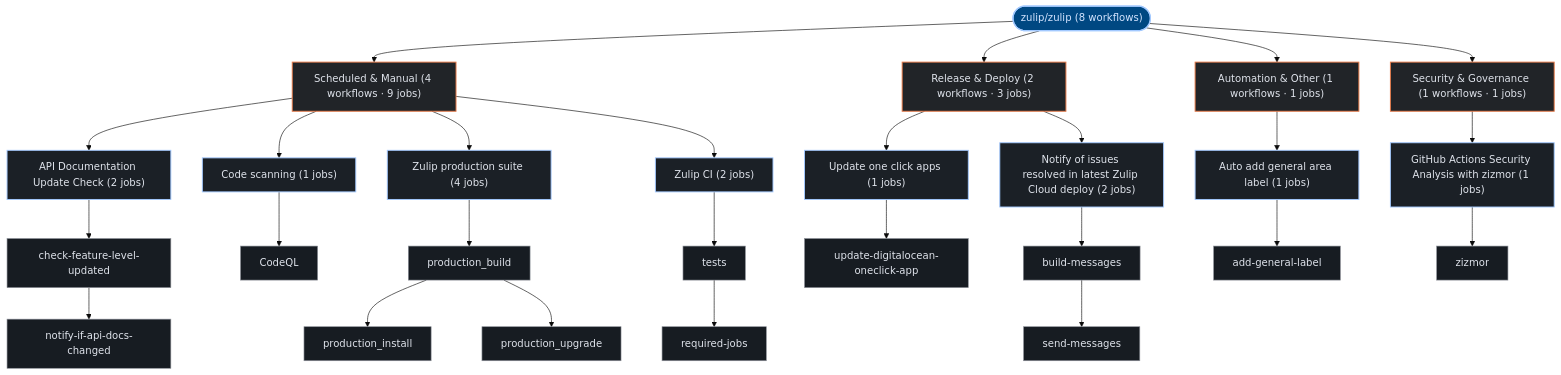
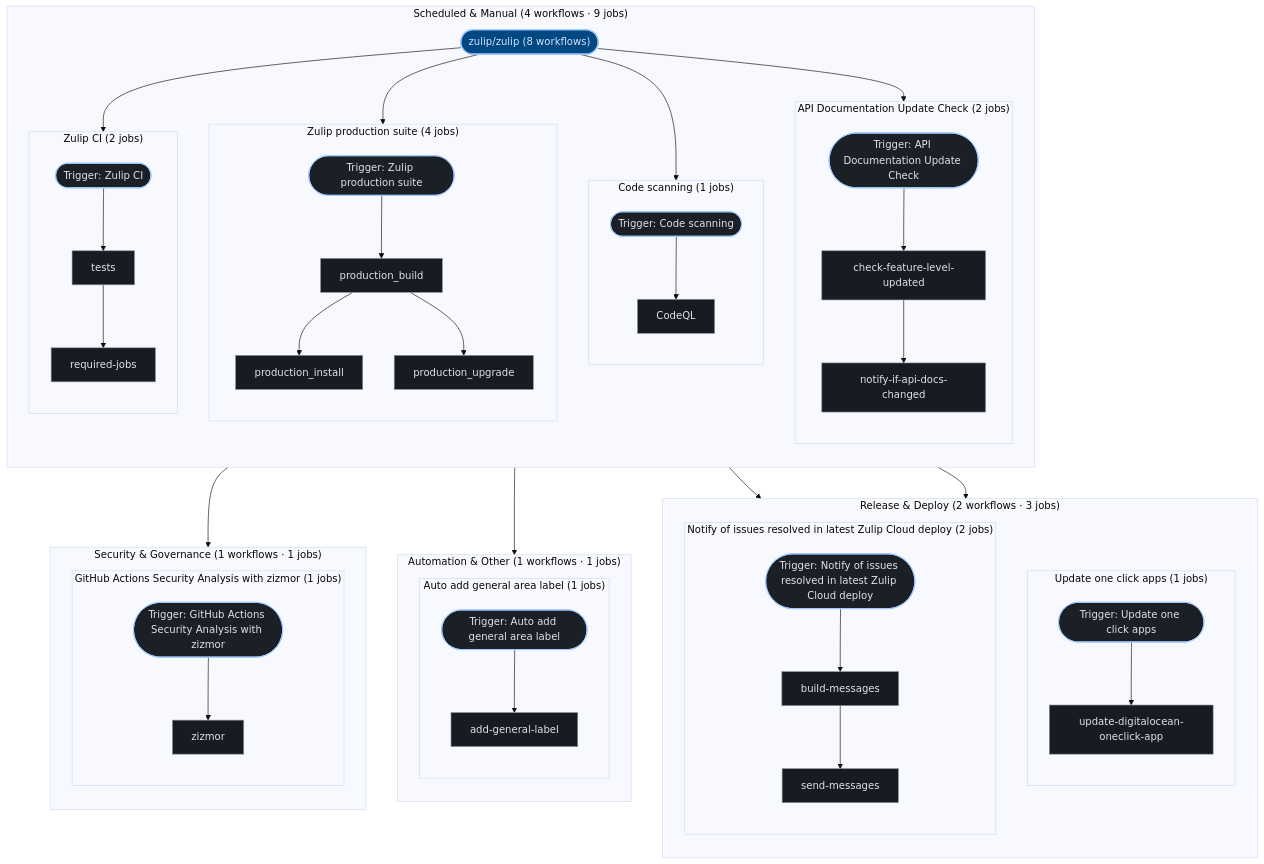
Before and after one commit to kumarshaz/atruss-code-atlas: the third of 3 diagrams in exports/latest/reports/zulip-zulip-report.md, drawn with Mermaid (base theme). The commit also changed 181 other files, not shown here.

````diff
--- a/exports/latest/reports/zulip-zulip-report.md
+++ b/exports/latest/reports/zulip-zulip-report.md
@@ -285,54 +285,82 @@
   classDef atlasAlert fill:#93000a,stroke:#ffb4ab,stroke-width:1.5px,color:#ffdad6
   classDef atlasMore fill:#252a31,stroke:#8d9199,stroke-dasharray:4 4,color:#c3c6cf
   pipeline_root(["zulip/zulip (8 workflows)"]):::atlasRoot
-  grp_0_Scheduled___Manual["Scheduled & Manual (4 workflows · 9 jobs)"]:::atlasCategory
-  pipeline_root --> grp_0_Scheduled___Manual
-  wf_0_API_Documentation_Update_Check["API Documentation Update Check (2 jobs)"]:::atlasWorkflow
-  grp_0_Scheduled___Manual --> wf_0_API_Documentation_Update_Check
-  job_0_check_feature_level_updated["check-feature-level-updated"]:::atlasJob
-  job_0_notify_if_api_docs_changed["notify-if-api-docs-changed"]:::atlasJob
-  wf_0_API_Documentation_Update_Check --> job_0_check_feature_level_updated
-  job_0_check_feature_level_updated --> job_0_notify_if_api_docs_changed
-  wf_2_Code_scanning["Code scanning (1 jobs)"]:::atlasWorkflow
-  grp_0_Scheduled___Manual --> wf_2_Code_scanning
-  job_2_CodeQL["CodeQL"]:::atlasJob
-  wf_2_Code_scanning --> job_2_CodeQL
-  wf_3_Zulip_production_suite["Zulip production suite (4 jobs)"]:::atlasWorkflow
-  grp_0_Scheduled___Manual --> wf_3_Zulip_production_suite
-  job_3_production_build["production_build"]:::atlasJob
-  job_3_production_install["production_install"]:::atlasJob
-  job_3_production_upgrade["production_upgrade"]:::atlasJob
-  wf_3_Zulip_production_suite --> job_3_production_build
-  job_3_production_build --> job_3_production_install
-  job_3_production_build --> job_3_production_upgrade
-  wf_6_Zulip_CI["Zulip CI (2 jobs)"]:::atlasWorkflow
-  grp_0_Scheduled___Manual --> wf_6_Zulip_CI
-  job_6_tests["tests"]:::atlasJob
-  job_6_required_jobs["required-jobs"]:::atlasJob
-  wf_6_Zulip_CI --> job_6_tests
-  job_6_tests --> job_6_required_jobs
-  grp_1_Release___Deploy["Release & Deploy (2 workflows · 3 jobs)"]:::atlasCategory
-  pipeline_root --> grp_1_Release___Deploy
-  wf_4_Update_one_click_apps["Update one click apps (1 jobs)"]:::atlasWorkflow
-  grp_1_Release___Deploy --> wf_4_Update_one_click_apps
-  job_4_update_digitalocean_oneclick_app["update-digitalocean-oneclick-app"]:::atlasJob
-  wf_4_Update_one_click_apps --> job_4_update_digitalocean_oneclick_app
-  wf_7_Notify_of_issues_resolved_in_latest_Zulip_Cloud_deploy["Notify of issues resolved in latest Zulip Cloud deploy (2 jobs)"]:::atlasWorkflow
-  grp_1_Release___Deploy --> wf_7_Notify_of_issues_resolved_in_latest_Zulip_Cloud_deploy
-  job_7_build_messages["build-messages"]:::atlasJob
-  job_7_send_messages["send-messages"]:::atlasJob
-  wf_7_Notify_of_issues_resolved_in_latest_Zulip_Cloud_deploy --> job_7_build_messages
-  job_7_build_messages --> job_7_send_messages
-  grp_2_Automation___Other["Automation & Other (1 workflows · 1 jobs)"]:::atlasCategory
-  pipeline_root --> grp_2_Automation___Other
-  wf_1_Auto_add_general_area_label["Auto add general area label (1 jobs)"]:::atlasWorkflow
-  grp_2_Automation___Other --> wf_1_Auto_add_general_area_label
-  job_1_add_general_label["add-general-label"]:::atlasJob
-  wf_1_Auto_add_general_area_label --> job_1_add_general_label
-  grp_3_Security___Governance["Security & Governance (1 workflows · 1 jobs)"]:::atlasCategory
-  pipeline_root --> grp_3_Security___Governance
-  wf_5_GitHub_Actions_Security_Analysis_with_zizmor["GitHub Actions Security Analysis with zizmor (1 jobs)"]:::atlasWorkflow
-  grp_3_Security___Governance --> wf_5_GitHub_Actions_Security_Analysis_with_zizmor
-  job_5_zizmor["zizmor"]:::atlasJob
-  wf_5_GitHub_Actions_Security_Analysis_with_zizmor --> job_5_zizmor
+  subgraph sg_grp_0_Scheduled___Manual["Scheduled & Manual (4 workflows · 9 jobs)"]
+    direction TB
+    subgraph sg_wf_0_API_Documentation_Update_Check["API Documentation Update Check (2 jobs)"]
+      direction TB
+      wf_0_API_Documentation_Update_Check(["Trigger: API Documentation Update Check"]):::atlasWorkflow
+      job_0_check_feature_level_updated["check-feature-level-updated"]:::atlasJob
+      job_0_notify_if_api_docs_changed["notify-if-api-docs-changed"]:::atlasJob
+      wf_0_API_Documentation_Update_Check --> job_0_check_feature_level_updated
+      job_0_check_feature_level_updated --> job_0_notify_if_api_docs_changed
+    end
+    pipeline_root --> wf_0_API_Documentation_Update_Check
+    subgraph sg_wf_2_Code_scanning["Code scanning (1 jobs)"]
+      direction TB
+      wf_2_Code_scanning(["Trigger: Code scanning"]):::atlasWorkflow
+      job_2_CodeQL["CodeQL"]:::atlasJob
+      wf_2_Code_scanning --> job_2_CodeQL
+    end
+    pipeline_root --> wf_2_Code_scanning
+    subgraph sg_wf_3_Zulip_production_suite["Zulip production suite (4 jobs)"]
+      direction TB
+      wf_3_Zulip_production_suite(["Trigger: Zulip production suite"]):::atlasWorkflow
+      job_3_production_build["production_build"]:::atlasJob
+      job_3_production_install["production_install"]:::atlasJob
+      job_3_production_upgrade["production_upgrade"]:::atlasJob
+      wf_3_Zulip_production_suite --> job_3_production_build
+      job_3_production_build --> job_3_production_install
+      job_3_production_build --> job_3_production_upgrade
+    end
+    pipeline_root --> wf_3_Zulip_production_suite
+    subgraph sg_wf_6_Zulip_CI["Zulip CI (2 jobs)"]
+      direction TB
+      wf_6_Zulip_CI(["Trigger: Zulip CI"]):::atlasWorkflow
+      job_6_tests["tests"]:::atlasJob
+      job_6_required_jobs["required-jobs"]:::atlasJob
+      wf_6_Zulip_CI --> job_6_tests
+      job_6_tests --> job_6_required_jobs
+    end
+    pipeline_root --> wf_6_Zulip_CI
+  end
+  subgraph sg_grp_1_Release___Deploy["Release & Deploy (2 workflows · 3 jobs)"]
+    direction TB
+    subgraph sg_wf_4_Update_one_click_apps["Update one click apps (1 jobs)"]
+      direction TB
+      wf_4_Update_one_click_apps(["Trigger: Update one click apps"]):::atlasWorkflow
+      job_4_update_digitalocean_oneclick_app["update-digitalocean-oneclick-app"]:::atlasJob
+      wf_4_Update_one_click_apps --> job_4_update_digitalocean_oneclick_app
+    end
+    pipeline_root --> wf_4_Update_one_click_apps
+    subgraph sg_wf_7_Notify_of_issues_resolved_in_latest_Zulip_Cloud_deploy["Notify of issues resolved in latest Zulip Cloud deploy (2 jobs)"]
+      direction TB
+      wf_7_Notify_of_issues_resolved_in_latest_Zulip_Cloud_deploy(["Trigger: Notify of issues resolved in latest Zulip Cloud deploy"]):::atlasWorkflow
+      job_7_build_messages["build-messages"]:::atlasJob
+      job_7_send_messages["send-messages"]:::atlasJob
+      wf_7_Notify_of_issues_resolved_in_latest_Zulip_Cloud_deploy --> job_7_build_messages
+      job_7_build_messages --> job_7_send_messages
+    end
+    pipeline_root --> wf_7_Notify_of_issues_resolved_in_latest_Zulip_Cloud_deploy
+  end
+  subgraph sg_grp_2_Automation___Other["Automation & Other (1 workflows · 1 jobs)"]
+    direction TB
+    subgraph sg_wf_1_Auto_add_general_area_label["Auto add general area label (1 jobs)"]
+      direction TB
+      wf_1_Auto_add_general_area_label(["Trigger: Auto add general area label"]):::atlasWorkflow
+      job_1_add_general_label["add-general-label"]:::atlasJob
+      wf_1_Auto_add_general_area_label --> job_1_add_general_label
+    end
+    pipeline_root --> wf_1_Auto_add_general_area_label
+  end
+  subgraph sg_grp_3_Security___Governance["Security & Governance (1 workflows · 1 jobs)"]
+    direction TB
+    subgraph sg_wf_5_GitHub_Actions_Security_Analysis_with_zizmor["GitHub Actions Security Analysis with zizmor (1 jobs)"]
+      direction TB
+      wf_5_GitHub_Actions_Security_Analysis_with_zizmor(["Trigger: GitHub Actions Security Analysis with zizmor"]):::atlasWorkflow
+      job_5_zizmor["zizmor"]:::atlasJob
+      wf_5_GitHub_Actions_Security_Analysis_with_zizmor --> job_5_zizmor
+    end
+    pipeline_root --> wf_5_GitHub_Actions_Security_Analysis_with_zizmor
+  end
 ```
````
